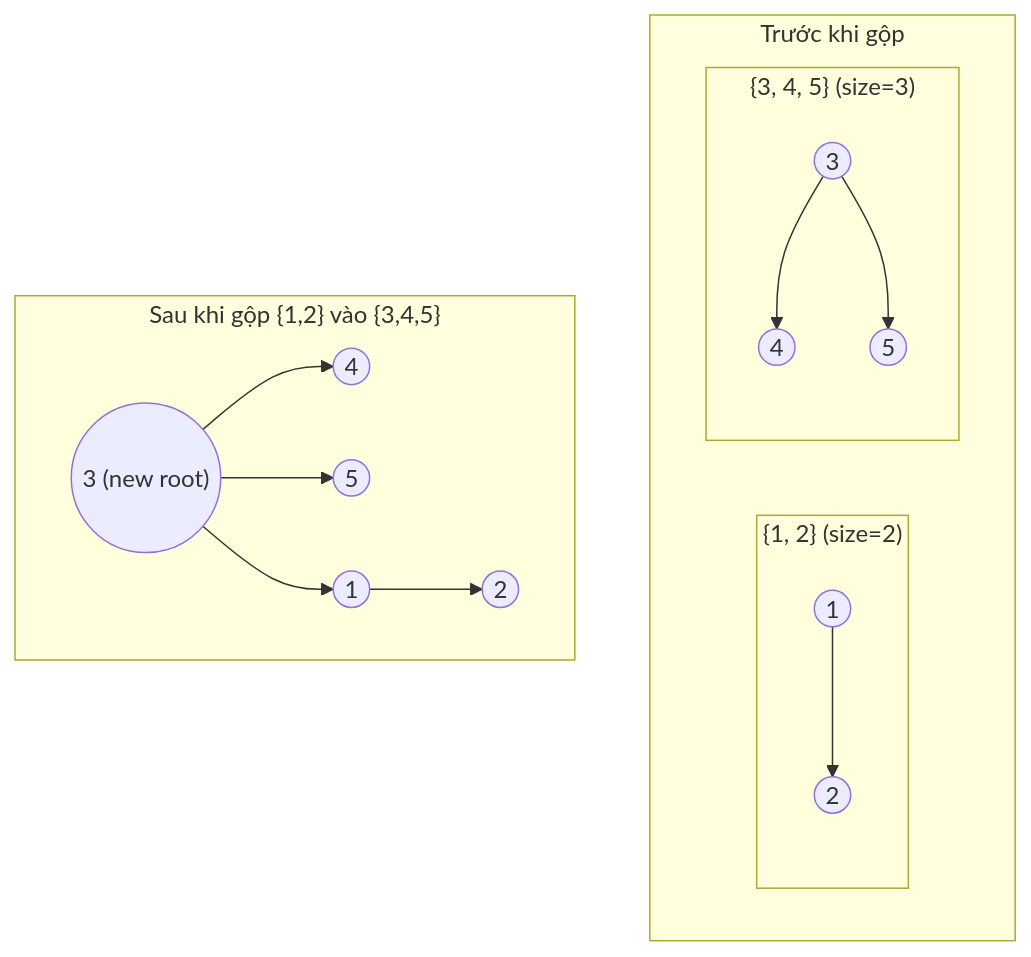
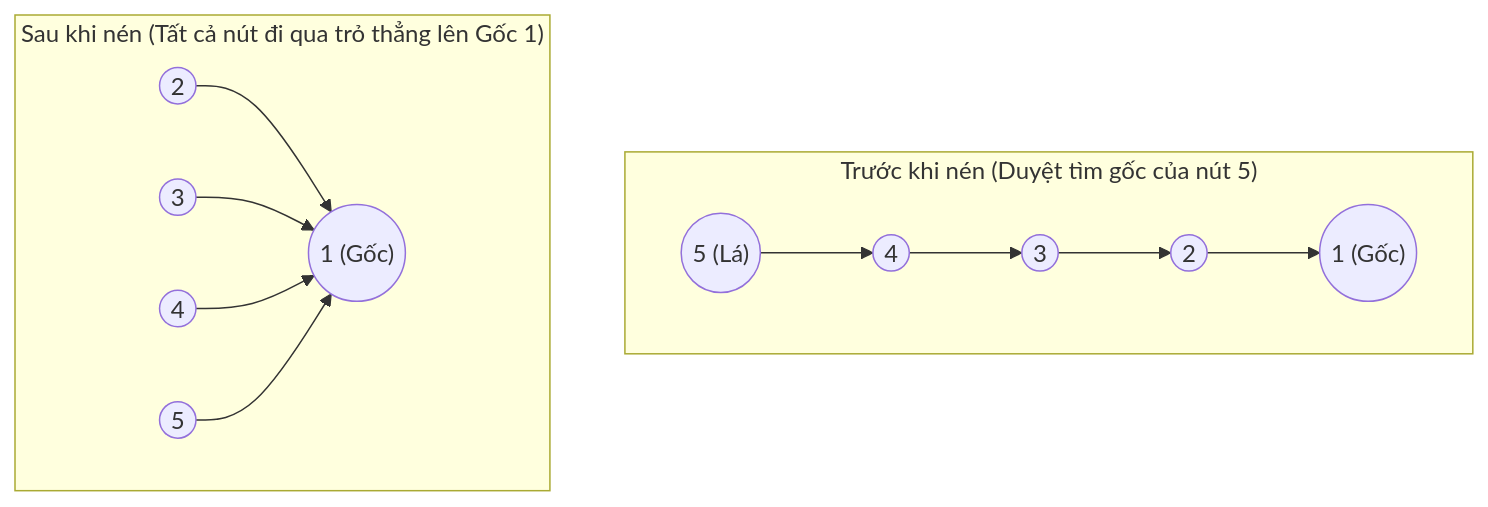
One commit to FPTOJ-OJ/fptoj_wiki changed the second of 4 diagrams in docs/lessons/dsu.md. Above: the diagram before and after it, drawn with Mermaid. The commit also changed other lines of this file and 18 other files, not shown here.

First line of the commit message:
fix: LaTeX errors, mermaid theme switching, remove custom colors

````diff
--- a/docs/lessons/dsu.md
+++ b/docs/lessons/dsu.md
@@ -186,28 +90,28 @@
 ```mermaid
 graph TD
-    subgraph cluster_before ["Trước khi gộp"]
-        subgraph cluster_set1 ["{1, 2} (size=2)"]
-            1a(("1"))
-            2a(("2"))
-            1a --> 2a
-        end
-        subgraph cluster_set2 ["{3, 4, 5} (size=3)"]
-            3a(("3"))
-            4a(("4"))
-            5a(("5"))
-            3a --> 4a
-            3a --> 5a
-        end
+    subgraph Truoc ["Trước khi nén (Duyệt tìm gốc của nút 5)"]
+        t1(("1 (Gốc)"))
+        t2(("2"))
+        t3(("3"))
+        t4(("4"))
+        t5(("5 (Lá)"))
+        
+        t2 --> t1
+        t3 --> t2
+        t4 --> t3
+        t5 --> t4
     end
-    subgraph cluster_after ["Sau khi gộp {1,2} vào {3,4,5}"]
-        3b(("3 (new root)"))
-        4b(("4"))
-        5b(("5"))
-        1b(("1"))
-        2b(("2"))
-        3b --> 4b
-        3b --> 5b
-        3b --> 1b
-        1b --> 2b
+    
+    subgraph Sau ["Sau khi nén (Tất cả nút đi qua trỏ thẳng lên Gốc 1)"]
+        s1(("1 (Gốc)"))
+        s2(("2"))
+        s3(("3"))
+        s4(("4"))
+        s5(("5"))
+        
+        s2 --> s1
+        s3 --> s1
+        s4 --> s1
+        s5 --> s1
     end
 ```
````
